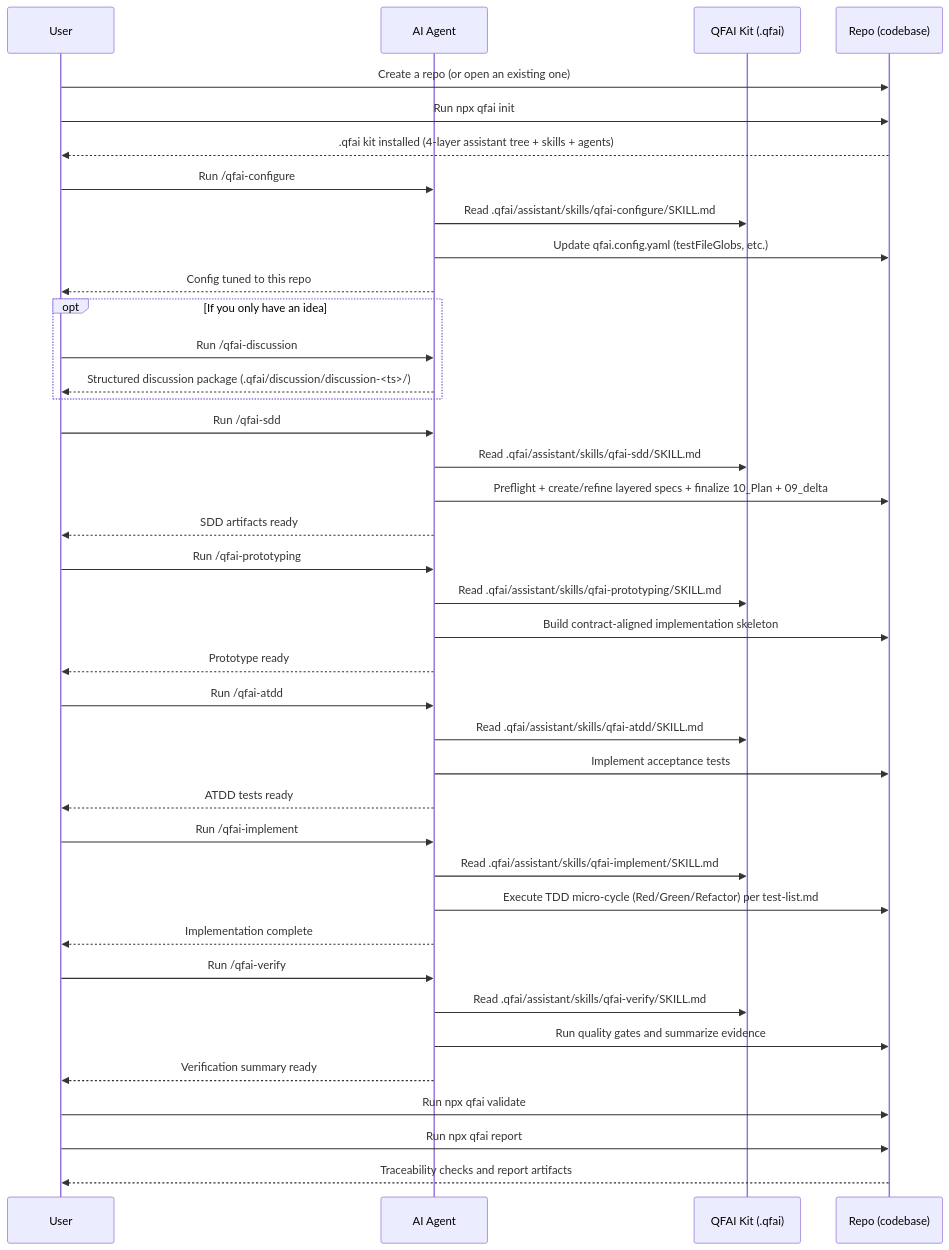
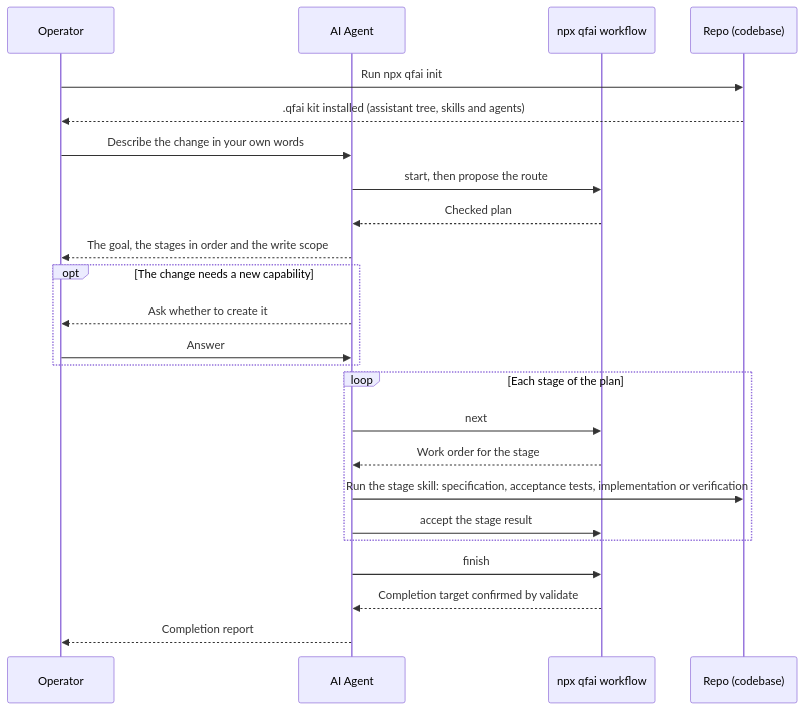
Before and after one commit to aganesy/QFAI: the first of 2 diagrams in README.md, drawn with Mermaid. The commit also changed other lines of this file and 10 other files, not shown here.

````diff
--- a/README.md
+++ b/README.md
@@ -263,50 +296,31 @@
 ```mermaid
 sequenceDiagram
-participant U as User
+participant O as Operator
 participant AG as AI Agent
-participant Q as QFAI Kit (.qfai)
+participant W as npx qfai workflow
 participant R as Repo (codebase)
 
-U->>R: Create a repo (or open an existing one)
-U->>R: Run npx qfai init
-R-->>U: .qfai kit installed (4-layer assistant tree + skills + agents)
+O->>R: Run npx qfai init
+R-->>O: .qfai kit installed (assistant tree, skills and agents)
 
-U->>AG: Run /qfai-configure
-AG->>Q: Read .qfai/assistant/skills/qfai-configure/SKILL.md
-AG->>R: Update qfai.config.yaml (testFileGlobs, etc.)
-AG-->>U: Config tuned to this repo
+O->>AG: Describe the change in your own words
+AG->>W: start, then propose the route
+W-->>AG: Checked plan
+AG-->>O: The goal, the stages in order and the write scope
 
-opt If you only have an idea
-U->>AG: Run /qfai-discussion
-AG-->>U: Structured discussion package (.qfai/discussion/discussion-<ts>/)
+opt The change needs a new capability
+AG-->>O: Ask whether to create it
+O->>AG: Answer
 end
 
-U->>AG: Run /qfai-sdd
-AG->>Q: Read .qfai/assistant/skills/qfai-sdd/SKILL.md
-AG->>R: Preflight + create/refine layered specs + finalize 10_Plan + 09_delta
-AG-->>U: SDD artifacts ready
+loop Each stage of the plan
+AG->>W: next
+W-->>AG: Work order for the stage
+AG->>R: Run the stage skill: specification, acceptance tests, implementation or verification
+AG->>W: accept the stage result
+end
 
-U->>AG: Run /qfai-prototyping
-AG->>Q: Read .qfai/assistant/skills/qfai-prototyping/SKILL.md
-AG->>R: Build contract-aligned implementation skeleton
-AG-->>U: Prototype ready
-
-U->>AG: Run /qfai-atdd
-AG->>Q: Read .qfai/assistant/skills/qfai-atdd/SKILL.md
-AG->>R: Implement acceptance tests
-AG-->>U: ATDD tests ready
-
-U->>AG: Run /qfai-implement
-AG->>Q: Read .qfai/assistant/skills/qfai-implement/SKILL.md
-AG->>R: Execute TDD micro-cycle (Red/Green/Refactor) per test-list.md
-AG-->>U: Implementation complete
-
-U->>AG: Run /qfai-verify
-AG->>Q: Read .qfai/assistant/skills/qfai-verify/SKILL.md
-AG->>R: Run quality gates and summarize evidence
-AG-->>U: Verification summary ready
-
-U->>R: Run npx qfai validate
-U->>R: Run npx qfai report
-R-->>U: Traceability checks and report artifacts
+AG->>W: finish
+W-->>AG: Completion target confirmed by validate
+AG-->>O: Completion report
 ```
````
